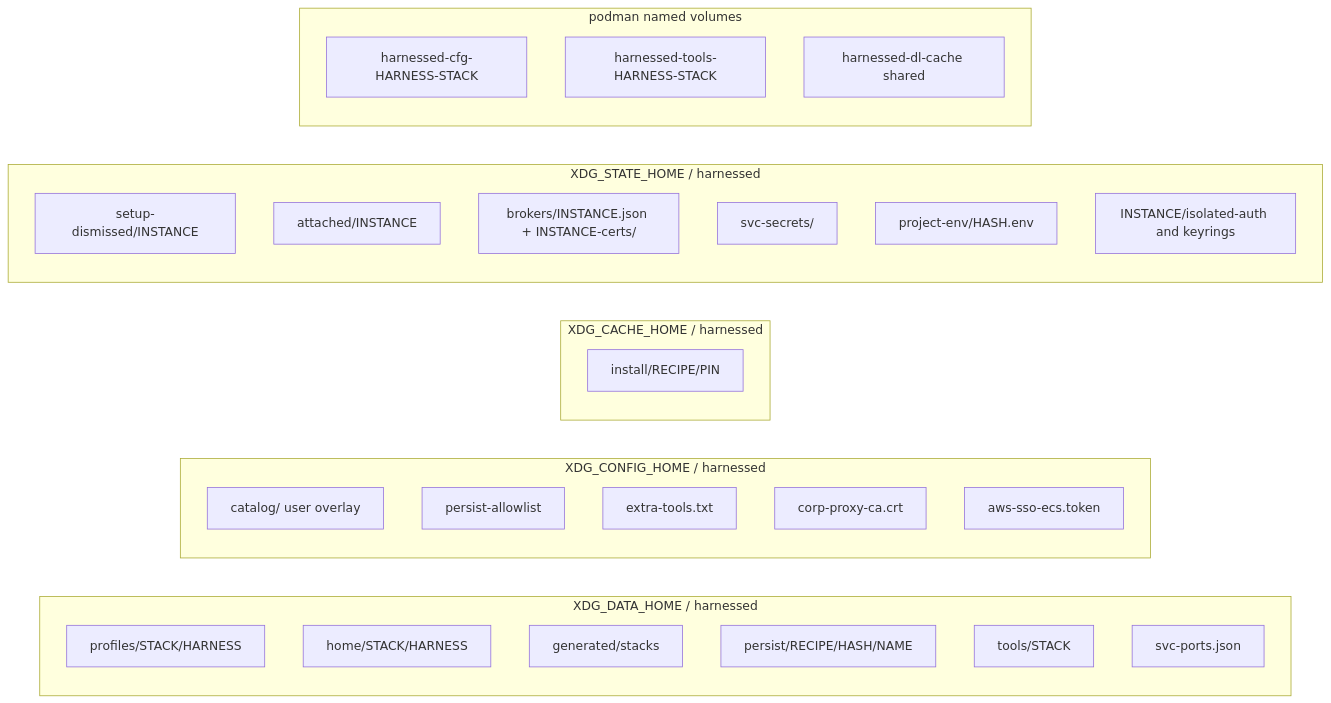
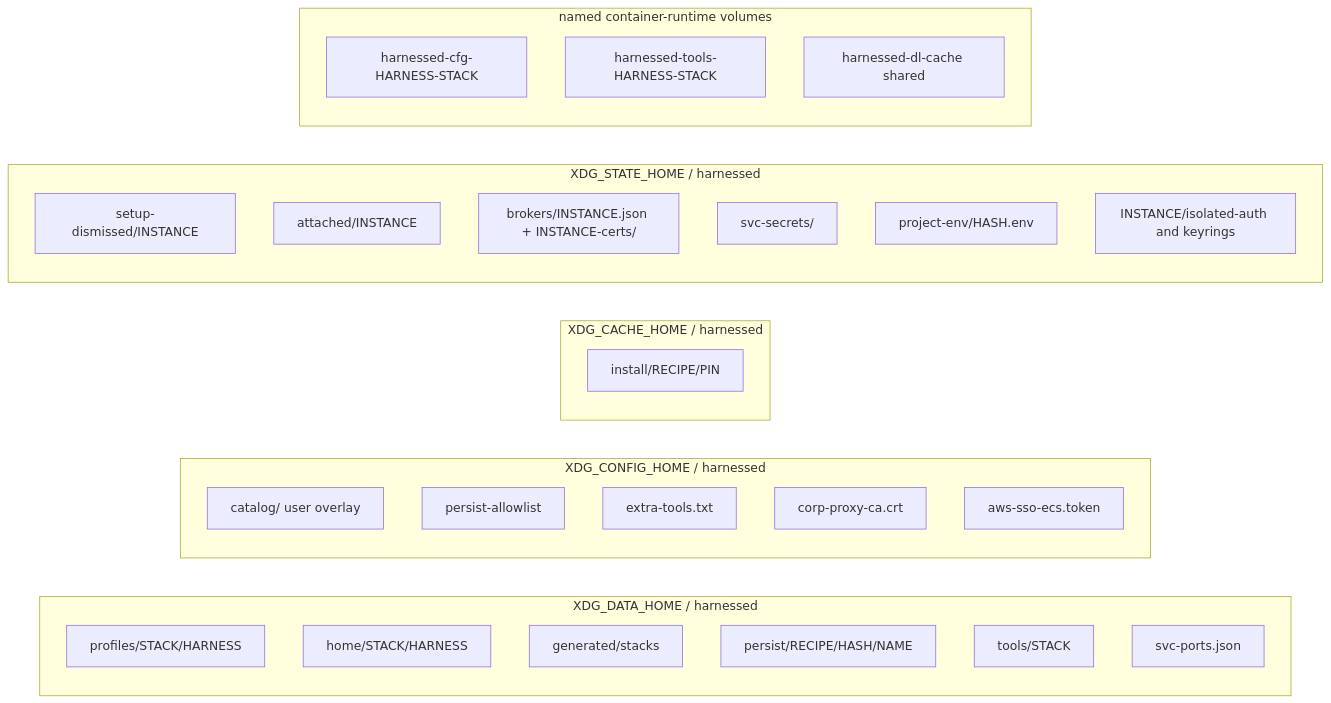
One commit to drmikecrowe/harnessed changed the first of 3 diagrams in openwiki/architecture/state.md. Above: the diagram before and after it, drawn with Mermaid. The commit also changed other lines of this file and 55 other files, not shown here.

````diff
--- a/openwiki/architecture/state.md
+++ b/openwiki/architecture/state.md
@@ -81,34 +84,34 @@
 ```mermaid
 flowchart LR
     subgraph DATA["XDG_DATA_HOME / harnessed"]
         prof["profiles/STACK/HARNESS"]
         homes["home/STACK/HARNESS"]
         gen["generated/stacks"]
         pers["persist/RECIPE/HASH/NAME"]
         tl["tools/STACK"]
         ports["svc-ports.json"]
     end
     subgraph CFG["XDG_CONFIG_HOME / harnessed"]
         overlay["catalog/ user overlay"]
         allow["persist-allowlist"]
         et["extra-tools.txt"]
         ca["corp-proxy-ca.crt"]
         tok["aws-sso-ecs.token"]
     end
     subgraph CAC["XDG_CACHE_HOME / harnessed"]
         ic["install/RECIPE/PIN"]
     end
     subgraph ST["XDG_STATE_HOME / harnessed"]
         dism["setup-dismissed/INSTANCE"]
         att["attached/INSTANCE"]
         brk["brokers/INSTANCE.json + INSTANCE-certs/"]
         sec["svc-secrets/"]
         penv["project-env/HASH.env"]
         iso["INSTANCE/isolated-auth and keyrings"]
     end
-    subgraph RT["podman named volumes"]
+    subgraph RT["named container-runtime volumes"]
         cv["harnessed-cfg-HARNESS-STACK"]
         tv["harnessed-tools-HARNESS-STACK"]
         dv["harnessed-dl-cache shared"]
     end
 ```
````
